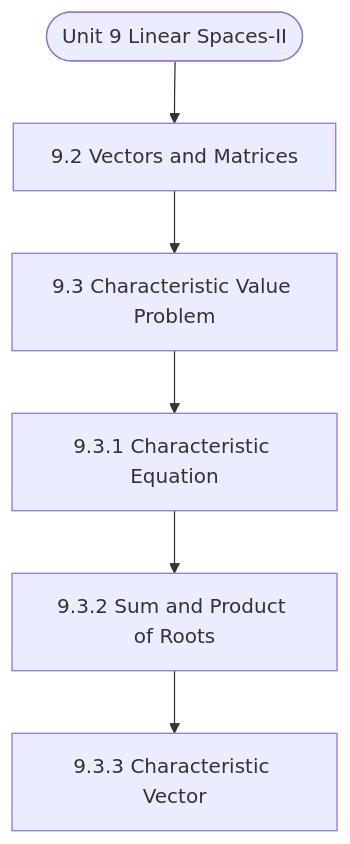
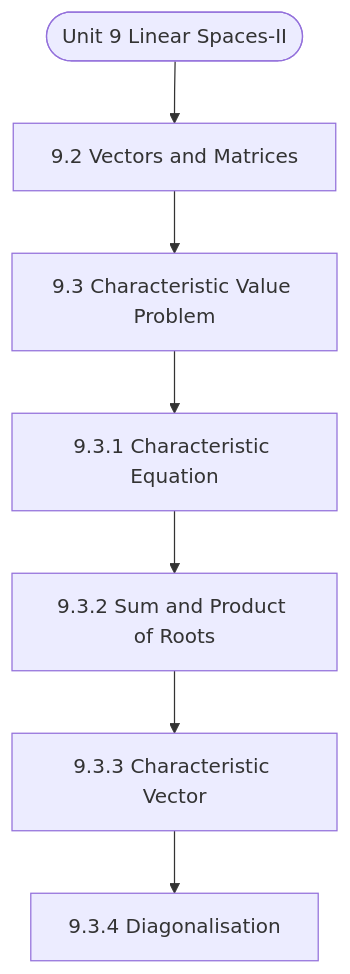
One commit to Asutosh-Coaching/mscdsa changed the diagram in notes/Semester_1/MCS-061_Mathematical_Foundations_-_I/unit_09_Linear_Spaces-II.md. Above: the diagram before and after it, drawn with Mermaid. The commit also changed other lines of this file and 116 other files, not shown here.

````diff
--- a/notes/Semester_1/MCS-061_Mathematical_Foundations_-_I/unit_09_Linear_Spaces-II.md
+++ b/notes/Semester_1/MCS-061_Mathematical_Foundations_-_I/unit_09_Linear_Spaces-II.md
@@ -19,14 +19,16 @@
 ```mermaid
 flowchart TD
   Start(["Unit 9 Linear Spaces-II"])
   N1["9.2 Vectors and Matrices"]
   N2["9.3 Characteristic Value Problem"]
   N3["9.3.1 Characteristic Equation"]
   N4["9.3.2 Sum and Product of Roots"]
   N5["9.3.3 Characteristic Vector"]
+  N6["9.3.4 Diagonalisation"]
   Start --> N1
   N1 --> N2
   N2 --> N3
   N3 --> N4
   N4 --> N5
+  N5 --> N6
 ```
````
